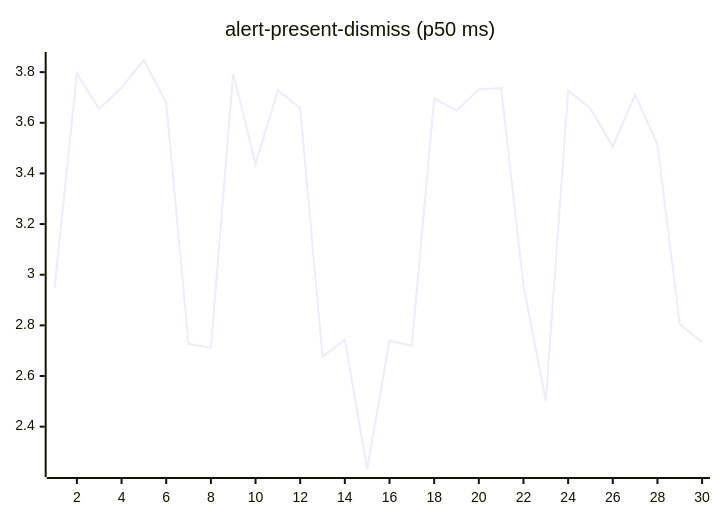
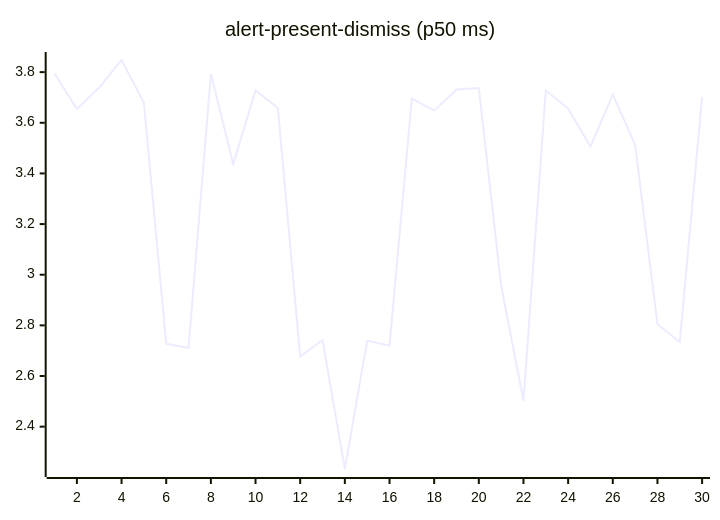
One commit to josha/Facet changed the second of 27 diagrams in README.md. Above: the diagram before and after it, drawn with Mermaid. The commit also changed other lines of this file and 2 other files, not shown here.

````diff
--- a/README.md
+++ b/README.md
@@ -70,6 +70,6 @@
 ```mermaid
 xychart-beta
     title "alert-present-dismiss (p50 ms)"
     x-axis 1 --> 30
-    line [2.9484, 3.7942, 3.6546, 3.7386, 3.8479, 3.6788, 2.7270, 2.7111, 3.7936, 3.4376, 3.7274, 3.6582, 2.6769, 2.7425, 2.2328, 2.7393, 2.7195, 3.6955, 3.6480, 3.7318, 3.7373, 2.9562, 2.5024, 3.7273, 3.6562, 3.5064, 3.7112, 3.5136, 2.8044, 2.7337]
+    line [3.7942, 3.6546, 3.7386, 3.8479, 3.6788, 2.7270, 2.7111, 3.7936, 3.4376, 3.7274, 3.6582, 2.6769, 2.7425, 2.2328, 2.7393, 2.7195, 3.6955, 3.6480, 3.7318, 3.7373, 2.9562, 2.5024, 3.7273, 3.6562, 3.5064, 3.7112, 3.5136, 2.8044, 2.7337, 3.7022]
 ```
````
